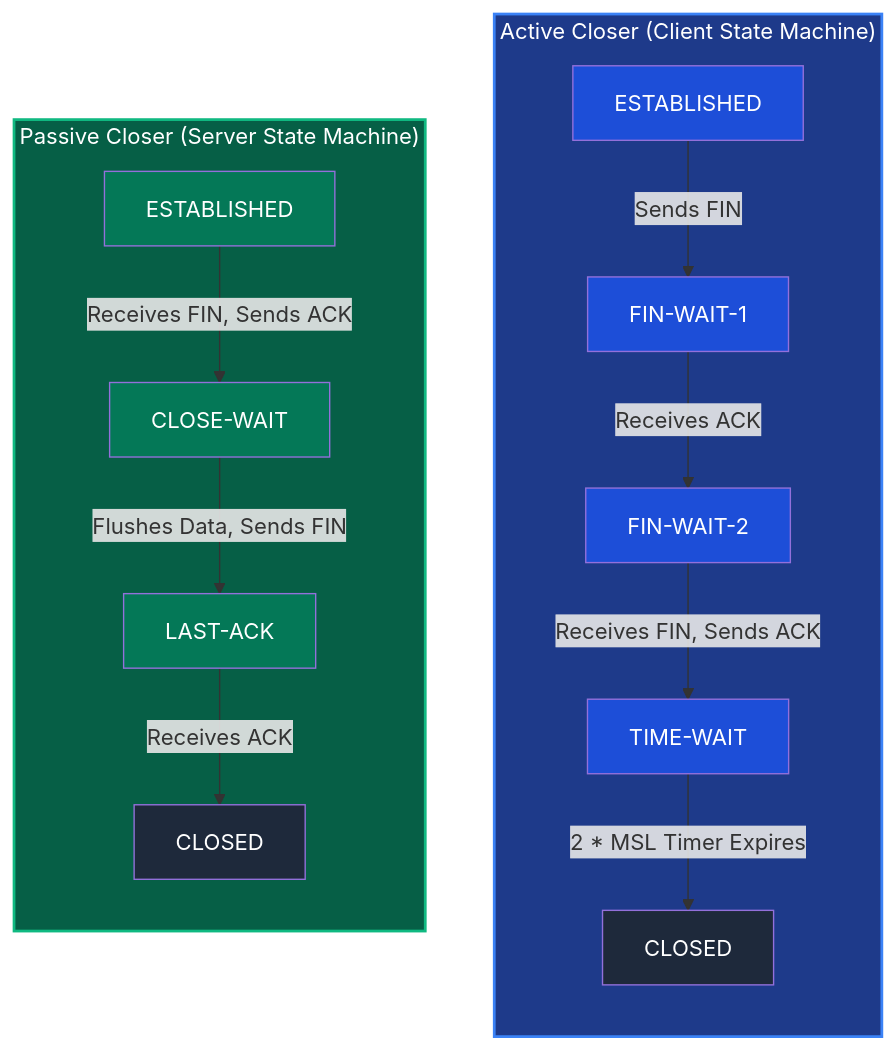
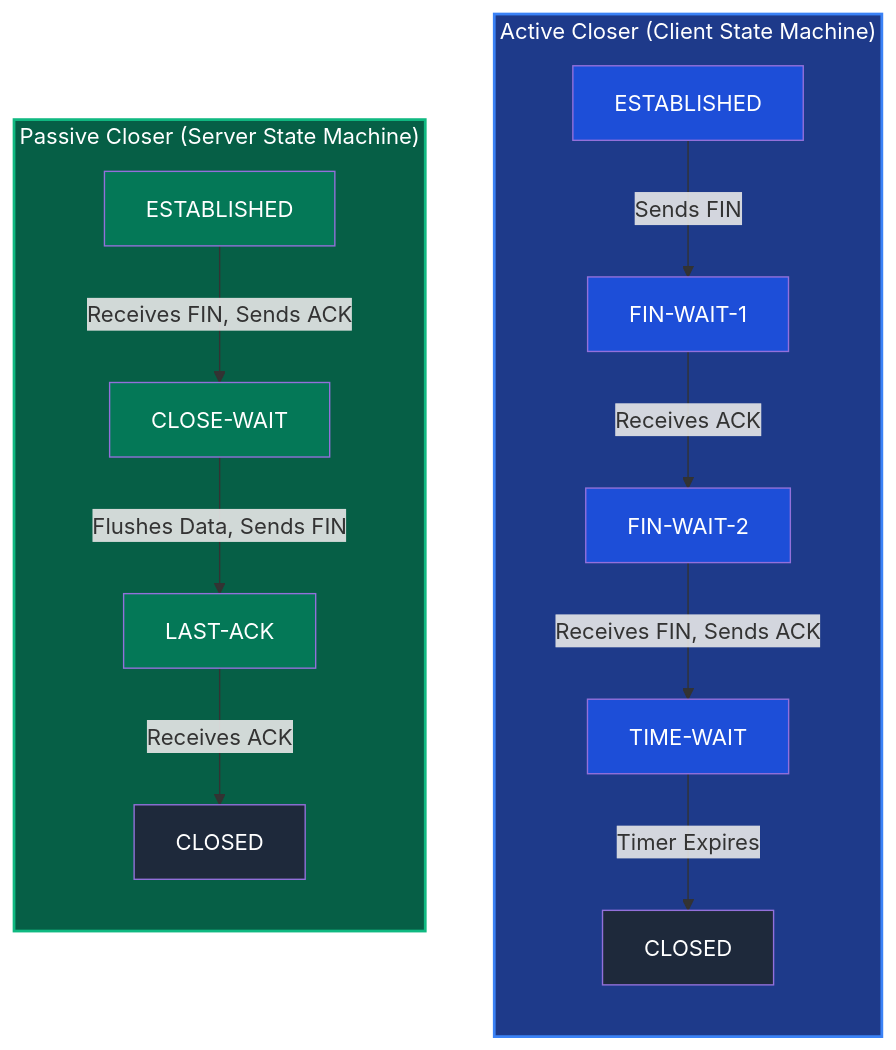
Before and after one commit to ayuslharora/blog-ayuslh: the third of 3 diagrams in content/posts/networking/ch17-tcp-connection-termination-four-way-handshake.mdx, drawn with Mermaid. The commit also changed other lines of this file and 1 other file, not shown here.

Commit message:
Remove 2 * MSL term to align with original transcript

````diff
--- a/content/posts/networking/ch17-tcp-connection-termination-four-way-handshake.mdx
+++ b/content/posts/networking/ch17-tcp-connection-termination-four-way-handshake.mdx
@@ -144,29 +144,29 @@
 ```mermaid
 flowchart TD
     subgraph ActiveCloser ["Active Closer (Client State Machine)"]
         direction TB
         C1["ESTABLISHED"] -->|Sends FIN| C2["FIN-WAIT-1"]
         C2 -->|Receives ACK| C3["FIN-WAIT-2"]
         C3 -->|Receives FIN, Sends ACK| C4["TIME-WAIT"]
-        C4 -->|2 * MSL Timer Expires| C5["CLOSED"]
+        C4 -->|Timer Expires| C5["CLOSED"]
     end
 
     subgraph PassiveCloser ["Passive Closer (Server State Machine)"]
         direction TB
         S1["ESTABLISHED"] -->|Receives FIN, Sends ACK| S2["CLOSE-WAIT"]
         S2 -->|Flushes Data, Sends FIN| S3["LAST-ACK"]
         S3 -->|Receives ACK| S4["CLOSED"]
     end
 
     style ActiveCloser fill:#1e3a8a,stroke:#3b82f6,stroke-width:2px,color:#fff
     style PassiveCloser fill:#065f46,stroke:#10b981,stroke-width:2px,color:#fff
     style C1 fill:#1d4ed8,color:#fff
     style C2 fill:#1d4ed8,color:#fff
     style C3 fill:#1d4ed8,color:#fff
     style C4 fill:#1d4ed8,color:#fff
     style C5 fill:#1e293b,color:#fff
     style S1 fill:#047857,color:#fff
     style S2 fill:#047857,color:#fff
     style S3 fill:#047857,color:#fff
     style S4 fill:#1e293b,color:#fff
 ```
````
